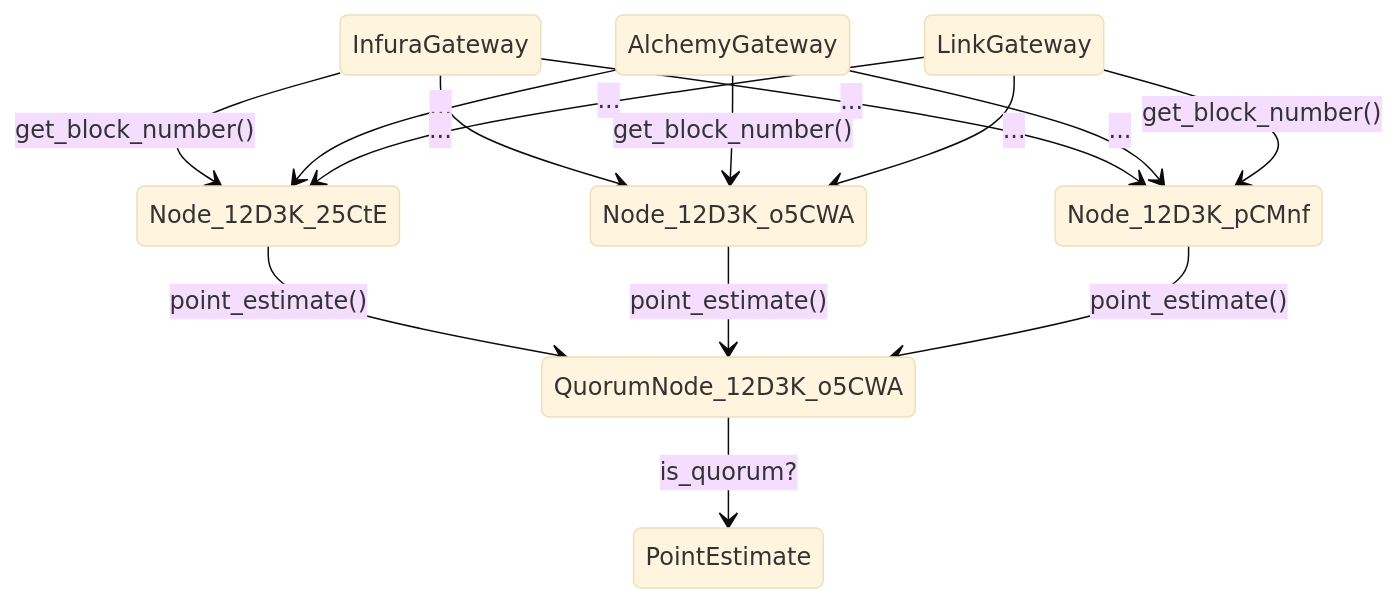
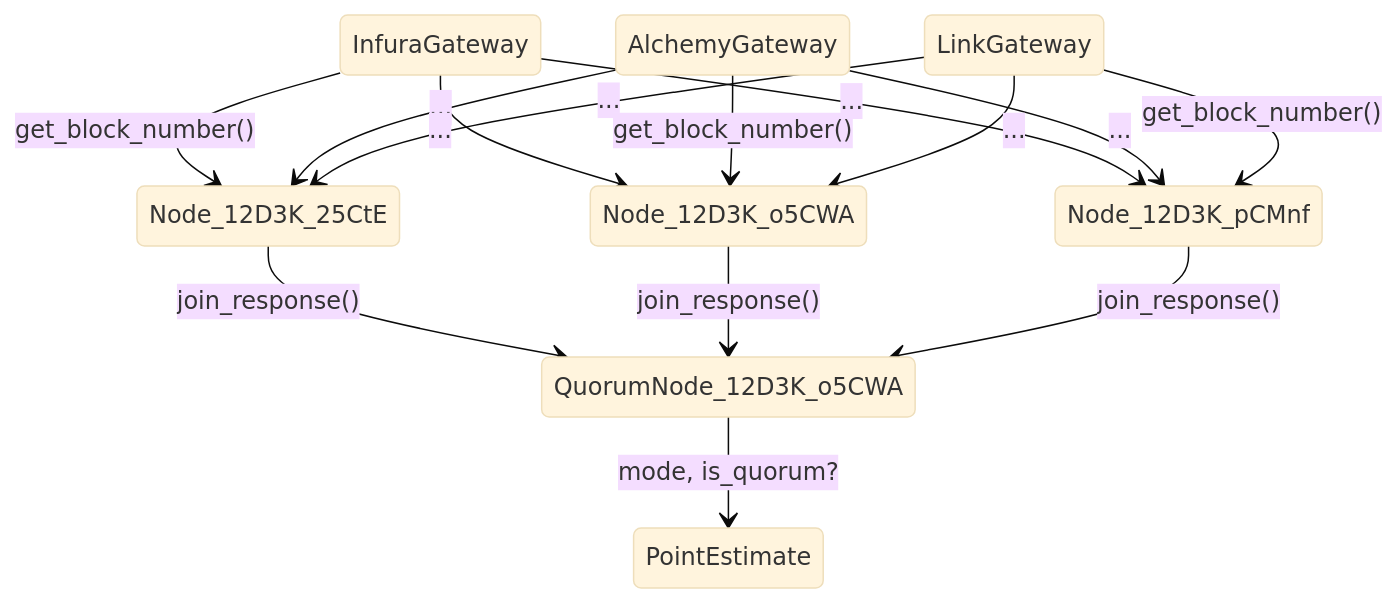
Before and after one commit to fluencelabs/examples: the second of 2 diagrams in aqua-examples/decentralized-blockchain-gateway/README.md, drawn with Mermaid (base theme). The commit also changed other lines of this file, not shown here.

````diff
--- a/aqua-examples/decentralized-blockchain-gateway/README.md
+++ b/aqua-examples/decentralized-blockchain-gateway/README.md
@@ -551,22 +551,22 @@
 ```mermaid
 
     stateDiagram
 
         InfuraGateway --> Node_12D3K_25CtE: get_block_number()
         AlchemyGateway --> Node_12D3K_25CtE: ...
         LinkGateway --> Node_12D3K_25CtE: ...
         
         InfuraGateway --> Node_12D3K_o5CWA: ...
         AlchemyGateway --> Node_12D3K_o5CWA: get_block_number()
         LinkGateway --> Node_12D3K_o5CWA: ...
 
         InfuraGateway --> Node_12D3K_pCMnf: ...
         AlchemyGateway --> Node_12D3K_pCMnf: ...
         LinkGateway --> Node_12D3K_pCMnf: get_block_number()
 
-        Node_12D3K_25CtE --> QuorumNode_12D3K_o5CWA: point_estimate()
-        Node_12D3K_o5CWA --> QuorumNode_12D3K_o5CWA: point_estimate()
-        Node_12D3K_pCMnf --> QuorumNode_12D3K_o5CWA: point_estimate()
+        Node_12D3K_25CtE --> QuorumNode_12D3K_o5CWA: join_response()
+        Node_12D3K_o5CWA --> QuorumNode_12D3K_o5CWA: join_response()
+        Node_12D3K_pCMnf --> QuorumNode_12D3K_o5CWA: join_response()
 
-        QuorumNode_12D3K_o5CWA --> PointEstimate: is_quorum?
+        QuorumNode_12D3K_o5CWA --> PointEstimate: mode, is_quorum?
 ```
````
